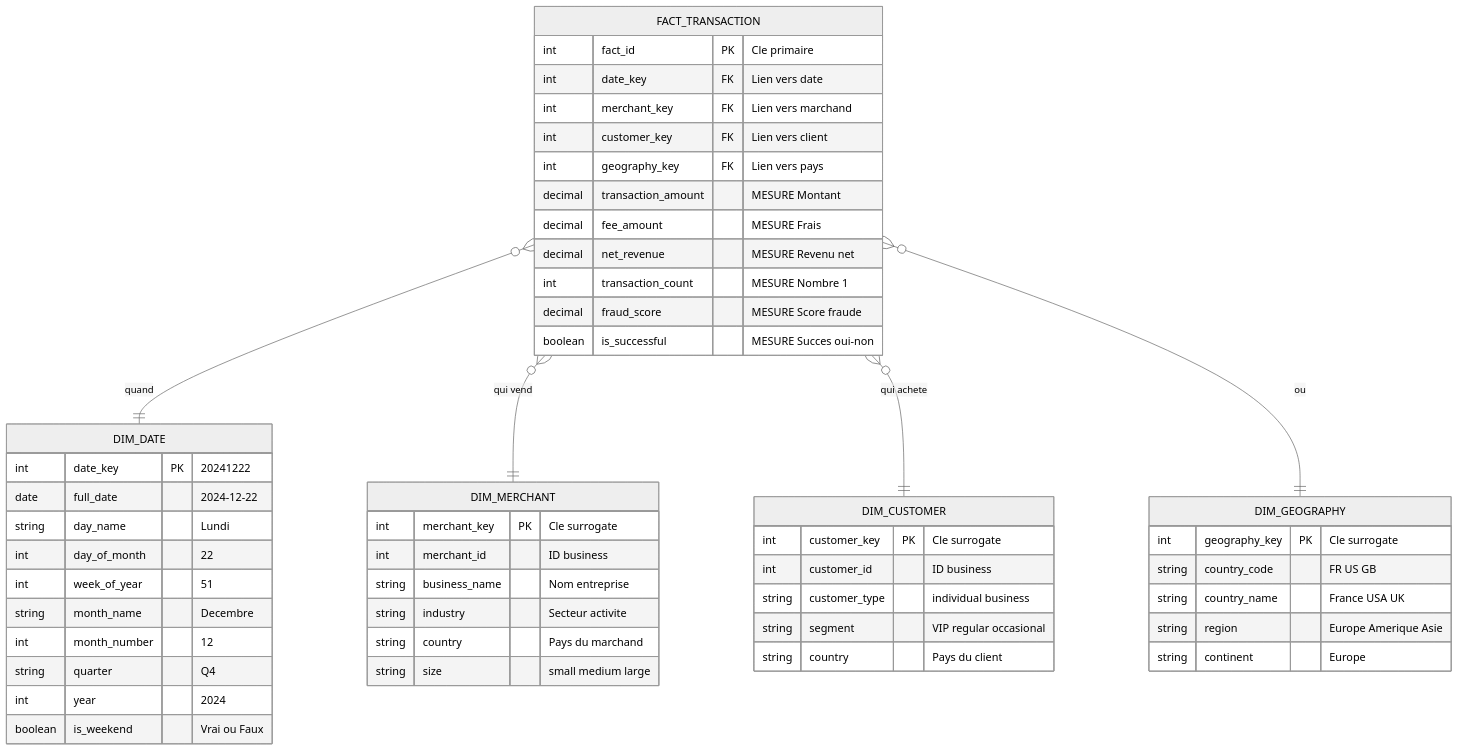
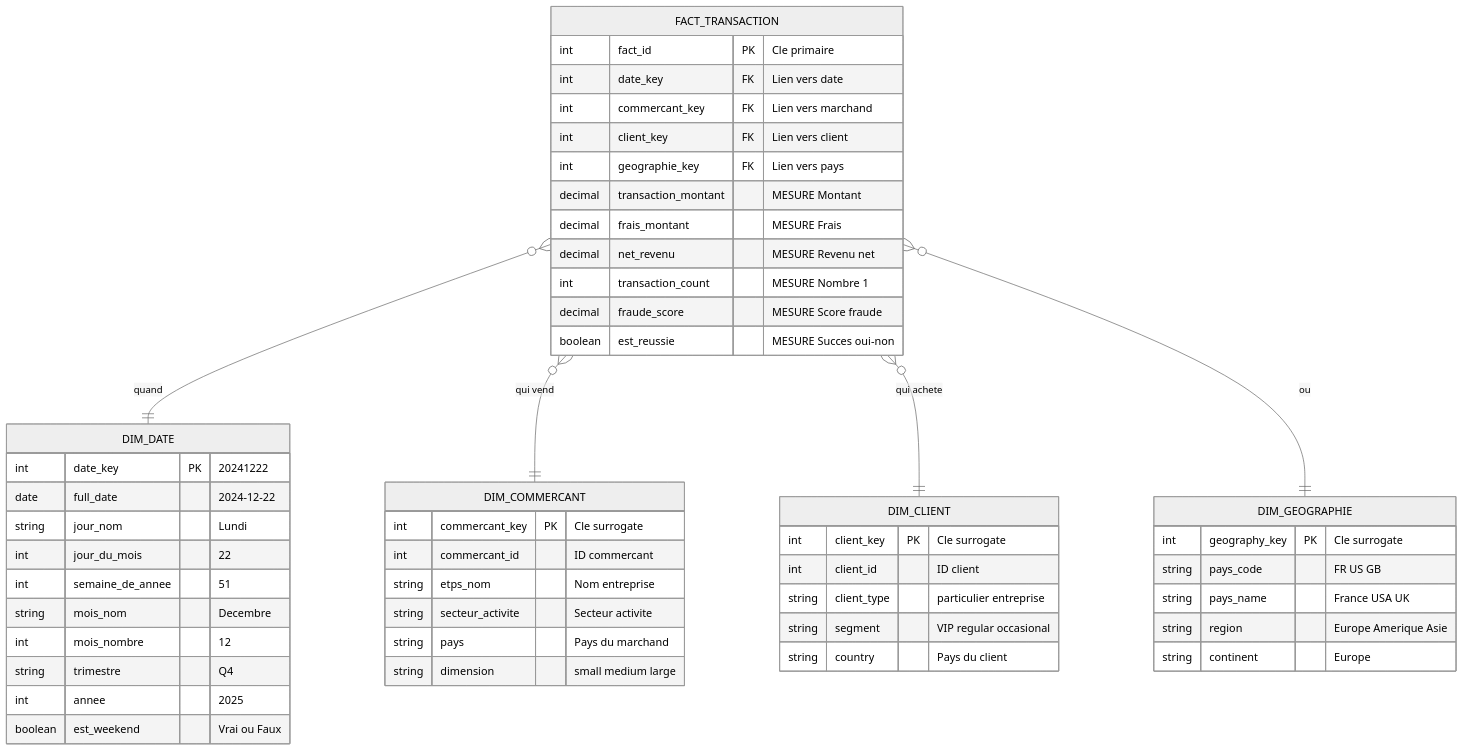
The diagram in PROJETS LEAD/Stripe/3-Diagramme_OLAP.md (nlefort/JEDHA), drawn with Mermaid (neutral theme) before and after one commit. The commit also changed other lines of this file and 7 other files, not shown here.

````diff
--- a/PROJETS LEAD/Stripe/3-Diagramme_OLAP.md
+++ b/PROJETS LEAD/Stripe/3-Diagramme_OLAP.md
@@ -5,68 +41,68 @@
 ```mermaid
     erDiagram
     %% SCHÉMA EN ÉTOILE SIMPLIFIÉ
     %% Au centre : la table de FAITS (mesures)
     %% Autour : les DIMENSIONS (contexte pour analyser)
     
     FACT_TRANSACTION }o--|| DIM_DATE : "quand"
-    FACT_TRANSACTION }o--|| DIM_MERCHANT : "qui vend"
-    FACT_TRANSACTION }o--|| DIM_CUSTOMER : "qui achete"
-    FACT_TRANSACTION }o--|| DIM_GEOGRAPHY : "ou"
+    FACT_TRANSACTION }o--|| DIM_COMMERCANT : "qui vend"
+    FACT_TRANSACTION }o--|| DIM_CLIENT : "qui achete"
+    FACT_TRANSACTION }o--|| DIM_GEOGRAPHIE : "ou"
     
     %% TABLE DE FAITS - Les mesures à analyser
     FACT_TRANSACTION {
         int fact_id PK "Cle primaire"
         int date_key FK "Lien vers date"
-        int merchant_key FK "Lien vers marchand"
-        int customer_key FK "Lien vers client"
-        int geography_key FK "Lien vers pays"
-        decimal transaction_amount "MESURE Montant"
-        decimal fee_amount "MESURE Frais"
-        decimal net_revenue "MESURE Revenu net"
+        int commercant_key FK "Lien vers marchand"
+        int client_key FK "Lien vers client"
+        int geographie_key FK "Lien vers pays"
+        decimal transaction_montant "MESURE Montant"
+        decimal frais_montant "MESURE Frais"
+        decimal net_revenu "MESURE Revenu net"
         int transaction_count "MESURE Nombre 1"
-        decimal fraud_score "MESURE Score fraude"
-        boolean is_successful "MESURE Succes oui-non"
+        decimal fraude_score "MESURE Score fraude"
+        boolean est_reussie "MESURE Succes oui-non"
     }
     
     %% DIMENSION TEMPS - Pour analyser par période
     DIM_DATE {
         int date_key PK "20241222"
         date full_date "2024-12-22"
-        string day_name "Lundi"
-        int day_of_month "22"
-        int week_of_year "51"
-        string month_name "Decembre"
-        int month_number "12"
-        string quarter "Q4"
-        int year "2024"
-        boolean is_weekend "Vrai ou Faux"
+        string jour_nom "Lundi"
+        int jour_du_mois "22"
+        int semaine_de_annee "51"
+        string mois_nom "Decembre"
+        int mois_nombre "12"
+        string trimestre "Q4"
+        int annee "2025"
+        boolean est_weekend "Vrai ou Faux"
     }
     
-    %% DIMENSION MARCHAND - Dénormalisée pour performance
-    DIM_MERCHANT {
-        int merchant_key PK "Cle surrogate"
-        int merchant_id "ID business"
-        string business_name "Nom entreprise"
-        string industry "Secteur activite"
-        string country "Pays du marchand"
-        string size "small medium large"
+    %% DIMENSION COMMERCANT - Dénormalisée pour performance
+    DIM_COMMERCANT {
+        int commercant_key PK "Cle surrogate"
+        int commercant_id "ID commercant"
+        string etps_nom "Nom entreprise"
+        string secteur_activite "Secteur activite"
+        string pays "Pays du marchand"
+        string dimension "small medium large"
     }
     
     %% DIMENSION CLIENT - Segmentation
-    DIM_CUSTOMER {
-        int customer_key PK "Cle surrogate"
-        int customer_id "ID business"
-        string customer_type "individual business"
+    DIM_CLIENT {
+        int client_key PK "Cle surrogate"
+        int client_id "ID client"
+        string client_type "particulier entreprise"
         string segment "VIP regular occasional"
         string country "Pays du client"
     }
     
     %% DIMENSION GÉOGRAPHIE - Où se passent les transactions
-    DIM_GEOGRAPHY {
+    DIM_GEOGRAPHIE {
         int geography_key PK "Cle surrogate"
-        string country_code "FR US GB"
-        string country_name "France USA UK"
+        string pays_code "FR US GB"
+        string pays_name "France USA UK"
         string region "Europe Amerique Asie"
         string continent "Europe"
     }
 ```
````
